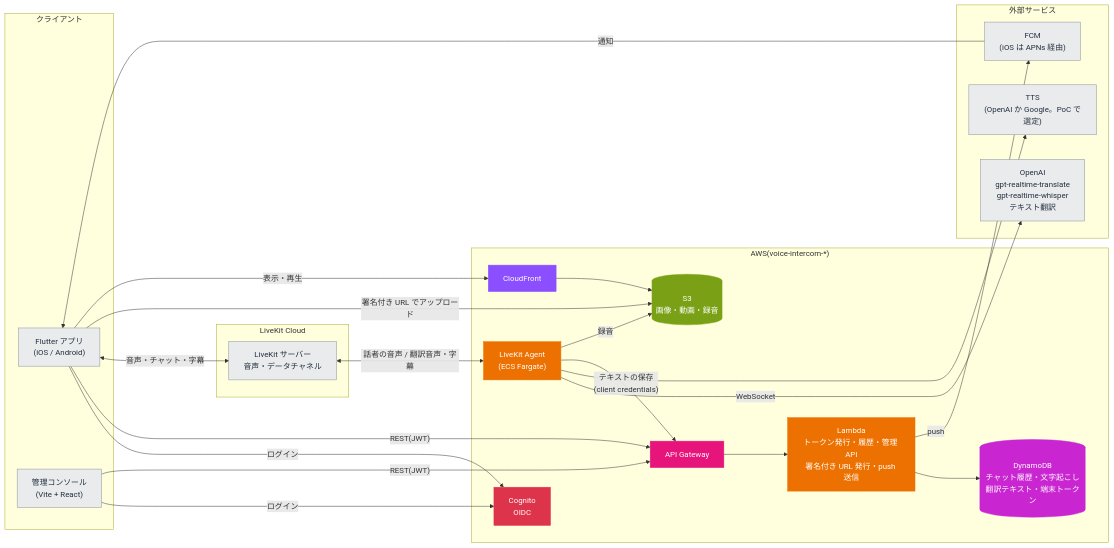
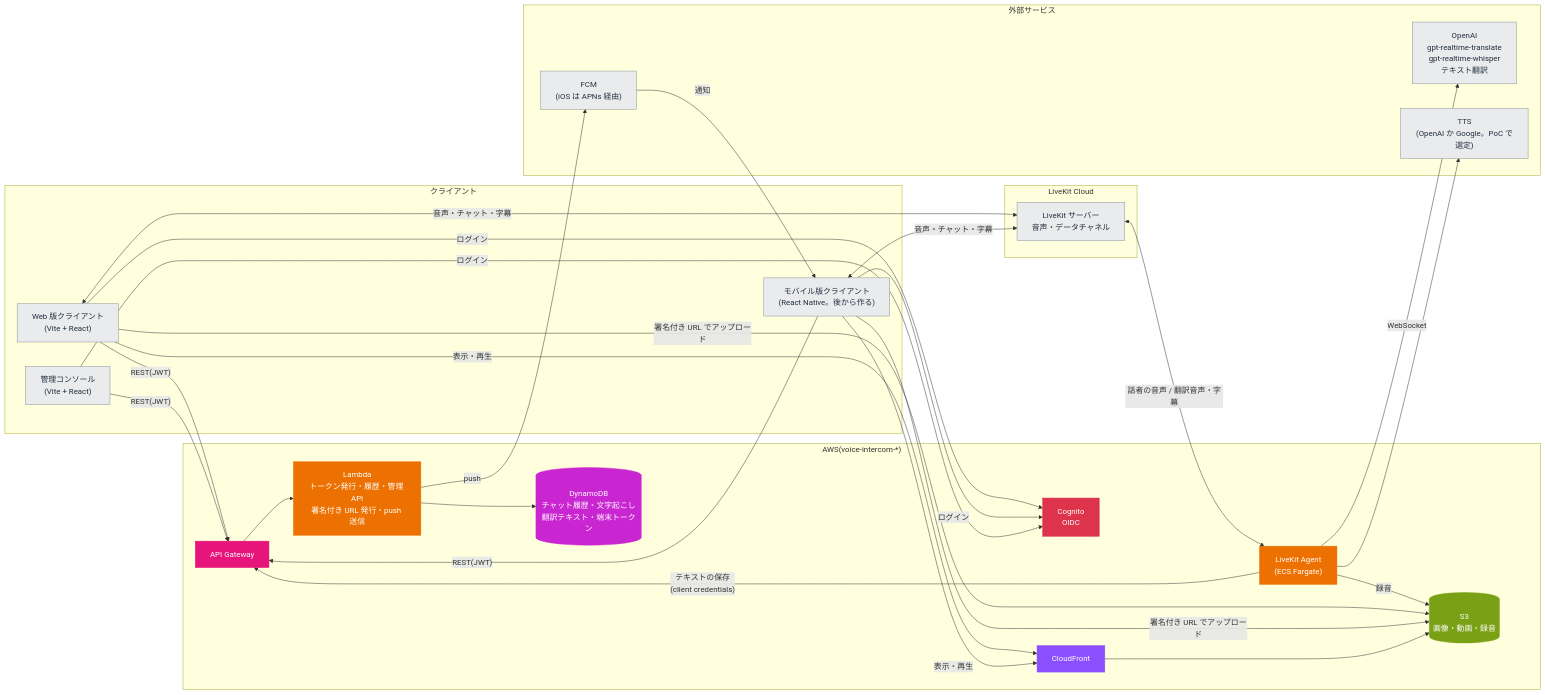
Before and after one commit to InoueDaiki/voice-intercom: the diagram in README.md, drawn with Mermaid. The commit also changed other lines of this file and 210 other files, not shown here.

First line of the commit message:
Flutter 版のアプリと Dart の生成をやめ、クライアントを React(Web)と React Native(モバイル)にする方針にする

````diff
--- a/README.md
+++ b/README.md
@@ -9,64 +9,70 @@
 ```mermaid
 flowchart LR
   subgraph clients["クライアント"]
-    mobile["Flutter アプリ<br>(iOS / Android)"]
+    web["Web 版クライアント<br>(Vite + React)"]
+    mobile["モバイル版クライアント<br>(React Native。後から作る)"]
     admin["管理コンソール<br>(Vite + React)"]
   end
 
   subgraph livekit["LiveKit Cloud"]
     sfu["LiveKit サーバー<br>音声・データチャネル"]
   end
 
   subgraph aws["AWS(voice-intercom-*)"]
     cognito["Cognito<br>OIDC"]
     apigw["API Gateway"]
     lambda["Lambda<br>トークン発行・履歴・管理 API<br>署名付き URL 発行・push 送信"]
     ddb[("DynamoDB<br>チャット履歴・文字起こし<br>翻訳テキスト・端末トークン")]
     s3[("S3<br>画像・動画・録音")]
     cf["CloudFront"]
     agent["LiveKit Agent<br>(ECS Fargate)"]
   end
 
   subgraph ext["外部サービス"]
     openai["OpenAI<br>gpt-realtime-translate<br>gpt-realtime-whisper<br>テキスト翻訳"]
     tts["TTS<br>(OpenAI か Google。PoC で選定)"]
     fcm["FCM<br>(iOS は APNs 経由)"]
   end
 
+  web -->|"ログイン"| cognito
   mobile -->|"ログイン"| cognito
   admin -->|"ログイン"| cognito
+  web -->|"REST(JWT)"| apigw
   mobile -->|"REST(JWT)"| apigw
   admin -->|"REST(JWT)"| apigw
   apigw --> lambda
   lambda --> ddb
   lambda -->|"push"| fcm
   fcm -->|"通知"| mobile
 
+  web <-->|"音声・チャット・字幕"| sfu
   mobile <-->|"音声・チャット・字幕"| sfu
   sfu <-->|"話者の音声 / 翻訳音声・字幕"| agent
   agent -->|"WebSocket"| openai
   agent --> tts
   agent -->|"テキストの保存<br>(client credentials)"| apigw
   agent -->|"録音"| s3
 
+  web -->|"署名付き URL でアップロード"| s3
+  web -->|"表示・再生"| cf
   mobile -->|"署名付き URL でアップロード"| s3
   mobile -->|"表示・再生"| cf
   cf --> s3
 
   %% AWS アーキテクチャアイコンのカテゴリ色
   classDef compute fill:#ED7100,stroke:#ED7100,color:#fff
   classDef appint fill:#E7157B,stroke:#E7157B,color:#fff
   classDef database fill:#C925D1,stroke:#C925D1,color:#fff
   classDef storage fill:#7AA116,stroke:#7AA116,color:#fff
   classDef network fill:#8C4FFF,stroke:#8C4FFF,color:#fff
   classDef security fill:#DD344C,stroke:#DD344C,color:#fff
   classDef external fill:#E9EBED,stroke:#879196,color:#232F3E
 
   class lambda,agent compute
   class apigw appint
   class ddb database
   class s3 storage
   class cf network
   class cognito security
-  class mobile,admin,sfu,openai,tts,fcm external
+  class web,mobile,admin,sfu,openai,tts,fcm external
 ```
````
